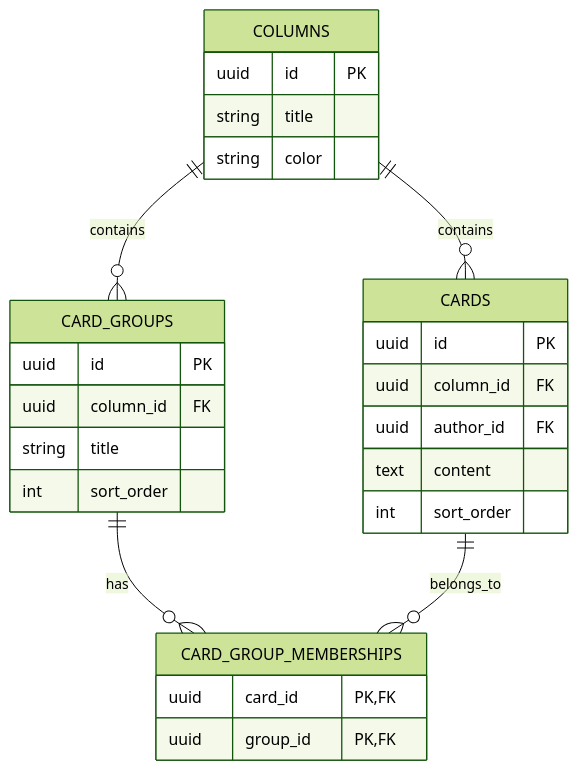
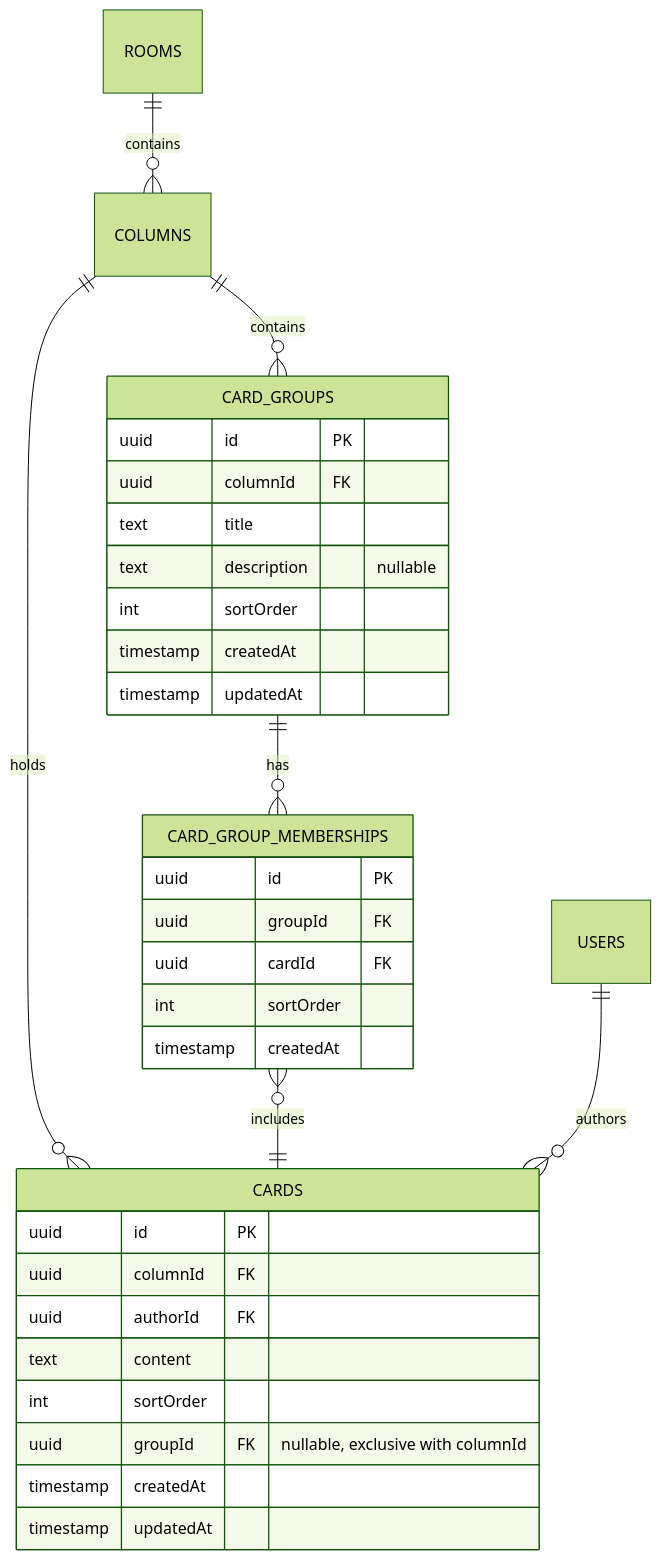
Before and after one commit to WarVDine/yet-another-retro-tool: the second of 2 diagrams in docs/04-card-grouping.md, drawn with Mermaid (forest theme). The commit also changed other lines of this file and 4 other files, not shown here.

````diff
--- a/docs/04-card-grouping.md
+++ b/docs/04-card-grouping.md
@@ -84,33 +44,38 @@
 ```mermaid
 erDiagram
-    COLUMNS ||--o{ CARDS : contains
+    ROOMS ||--o{ COLUMNS : contains
+    COLUMNS ||--o{ CARDS : holds
     COLUMNS ||--o{ CARD_GROUPS : contains
     CARD_GROUPS ||--o{ CARD_GROUP_MEMBERSHIPS : has
-    CARDS ||--o{ CARD_GROUP_MEMBERSHIPS : belongs_to
-    
-    COLUMNS {
-        uuid id PK
-        string title
-        string color
-    }
+    CARD_GROUP_MEMBERSHIPS }o--|| CARDS : includes
+    USERS ||--o{ CARDS : authors
     
     CARDS {
         uuid id PK
-        uuid column_id FK
-        uuid author_id FK
+        uuid columnId FK
+        uuid authorId FK
         text content
-        int sort_order
+        int sortOrder
+        uuid groupId FK "nullable, exclusive with columnId"
+        timestamp createdAt
+        timestamp updatedAt
     }
     
     CARD_GROUPS {
         uuid id PK
-        uuid column_id FK
-        string title
-        int sort_order
+        uuid columnId FK
+        text title
+        text description "nullable"
+        int sortOrder
+        timestamp createdAt
+        timestamp updatedAt
     }
     
     CARD_GROUP_MEMBERSHIPS {
-        uuid card_id PK,FK
-        uuid group_id PK,FK
+        uuid id PK
+        uuid groupId FK
+        uuid cardId FK
+        int sortOrder
+        timestamp createdAt
     }
 ```
````
